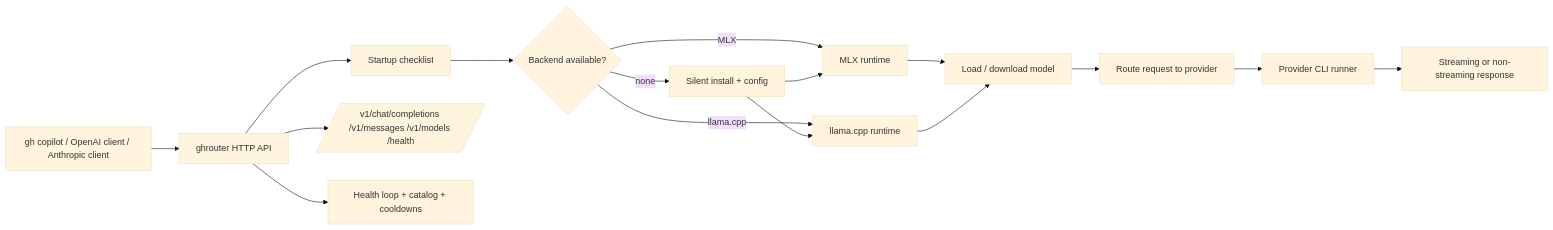
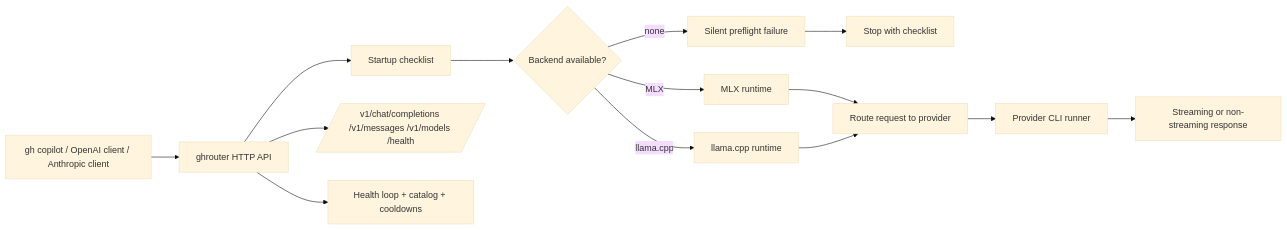
The first of 2 diagrams in README.md (jcafeitosa/ghrouter), drawn with Mermaid (base theme) before and after one commit. The commit also changed other lines of this file and 47 other files, not shown here.

````diff
--- a/README.md
+++ b/README.md
@@ -25,18 +24,16 @@
 ```mermaid
 flowchart LR
     U[gh copilot / OpenAI client / Anthropic client] --> S[ghrouter HTTP API]
     S --> I[Startup checklist]
     I --> D{Backend available?}
     D -->|MLX| M1[MLX runtime]
     D -->|llama.cpp| M2[llama.cpp runtime]
-    D -->|none| A[Silent install + config]
-    A --> M1
-    A --> M2
-    M1 --> L[Load / download model]
-    M2 --> L
-    L --> R[Route request to provider]
+    D -->|none| A[Silent preflight failure]
+    A --> X[Stop with checklist]
+    M1 --> R[Route request to provider]
+    M2 --> R
     R --> P[Provider CLI runner]
     P --> O[Streaming or non-streaming response]
     S --> E[/v1/chat/completions /v1/messages /v1/models /health/]
     S --> H[Health loop + catalog + cooldowns]
 ```
````
